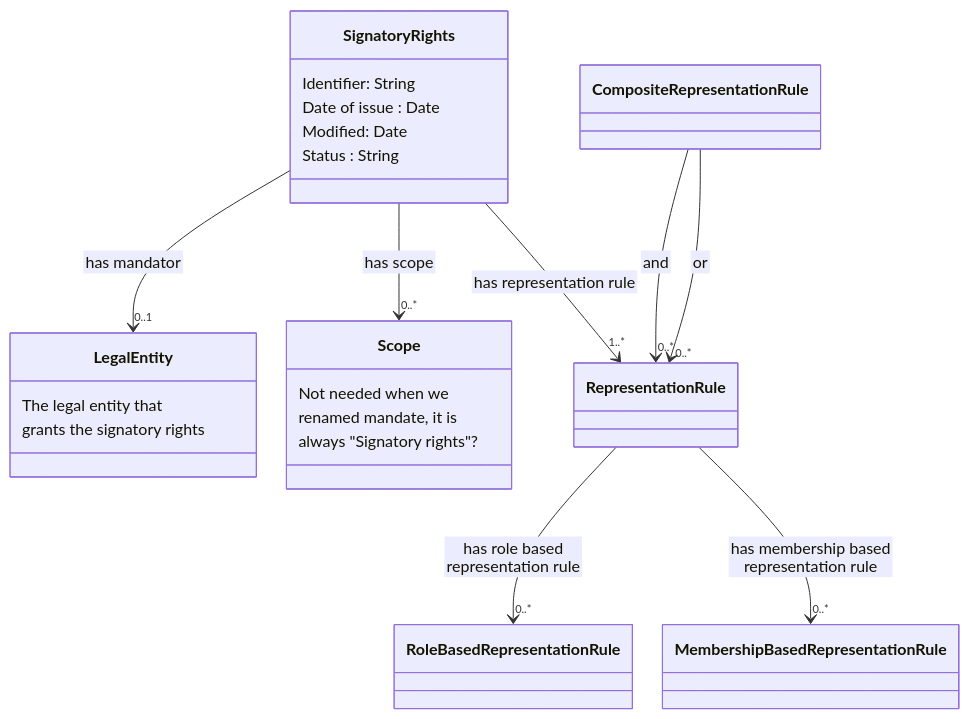
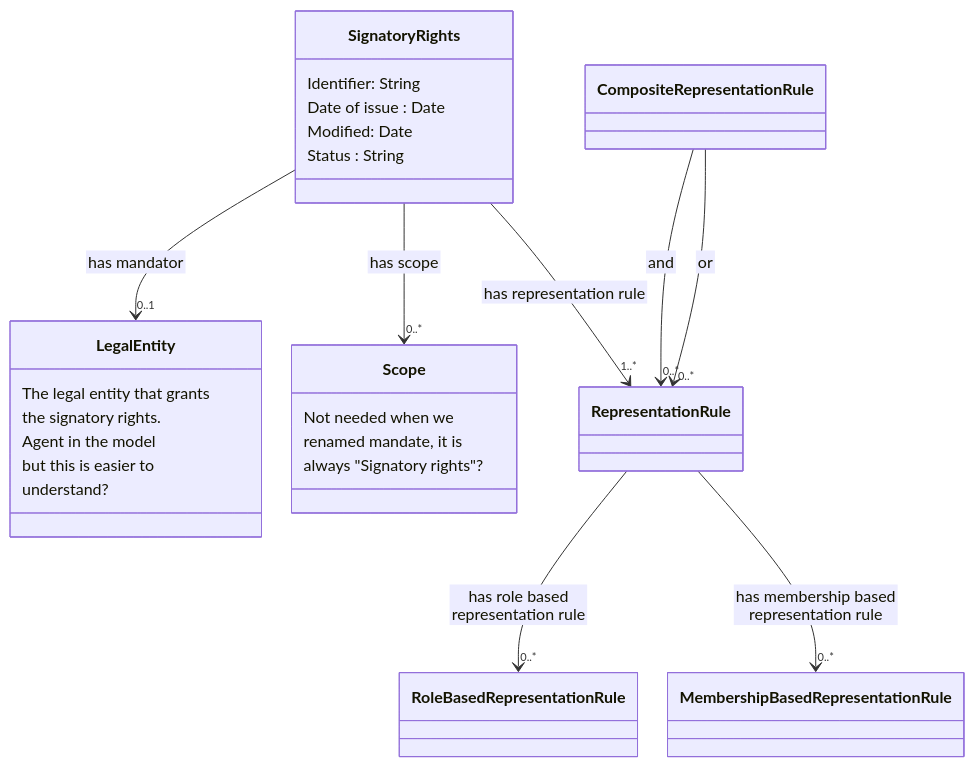
The diagram in README.md (nordicsmartgovernment/Nordic-Signatory-Rights-Model), drawn with Mermaid before and after one commit.

````diff
--- a/README.md
+++ b/README.md
@@ -22,42 +22,45 @@
 ```mermaid
  %%{init:{'flowchart':{'nodeSpacing': 30, 'rankSpacing': 95, 'htmlLabels': false}}}%%
     classDiagram
        
         class Signatory Rights {
             Identifier: String
             Date of issue : Date
             Modified: Date
             Status : String
         }
 
         Signatory Rights --> "0..1" Legal Entity : has mandator
         Signatory Rights --> "0..*" Scope : has scope
         Signatory Rights --> "1..*" Representation Rule : has representation rule
 
         class Legal Entity {
-           The legal entity that
-           grants the signatory rights
+           The legal entity that grants
+           the signatory rights.
+           Agent in the model
+           but this is easier to
+           understand?
         }
 
         class Scope {
            Not needed when we
            renamed mandate, it is
            always "Signatory rights"?
         }
 
         class Representation Rule {
         }
 
         Representation Rule  --> "0..*" Role Based Representation Rule : has role based representation rule
         Representation Rule --> "0..*" Membership Based Representation Rule : has membership based representation rule
 
         class Composite Representation Rule {
         }
 
         Composite Representation Rule --> "0..*" Representation Rule : and
         Composite Representation Rule --> "0..*" Representation Rule : or
 
         class Scope {
         }
 
 ```
````
